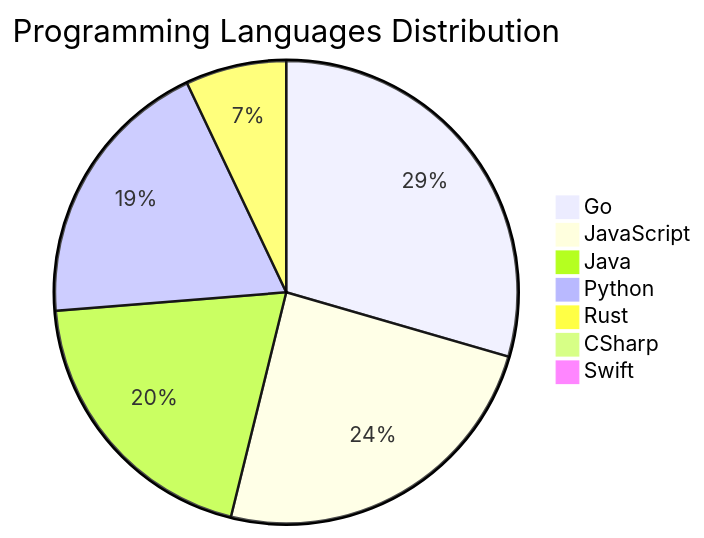
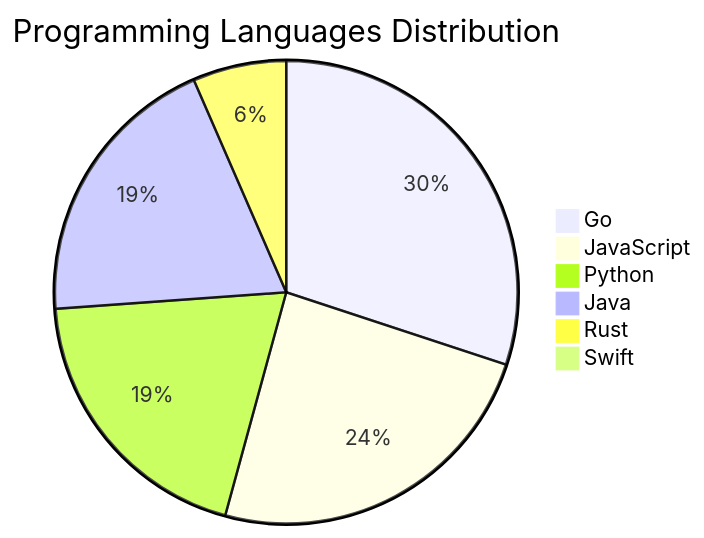
The diagram in README.md (Derrick-MUGISHA/github-activity-bot), drawn with Mermaid before and after one commit. The commit also changed other lines of this file and 4 other files, not shown here.

````diff
--- a/README.md
+++ b/README.md
@@ -207,10 +206,9 @@
 ```mermaid
 pie title Programming Languages Distribution
     "Go" : 46
-    "JavaScript" : 38
-    "Java" : 31
+    "JavaScript" : 37
     "Python" : 30
-    "Rust" : 11
-    "CSharp" : 1
+    "Java" : 30
+    "Rust" : 10
     "Swift" : 1
 ```
````
